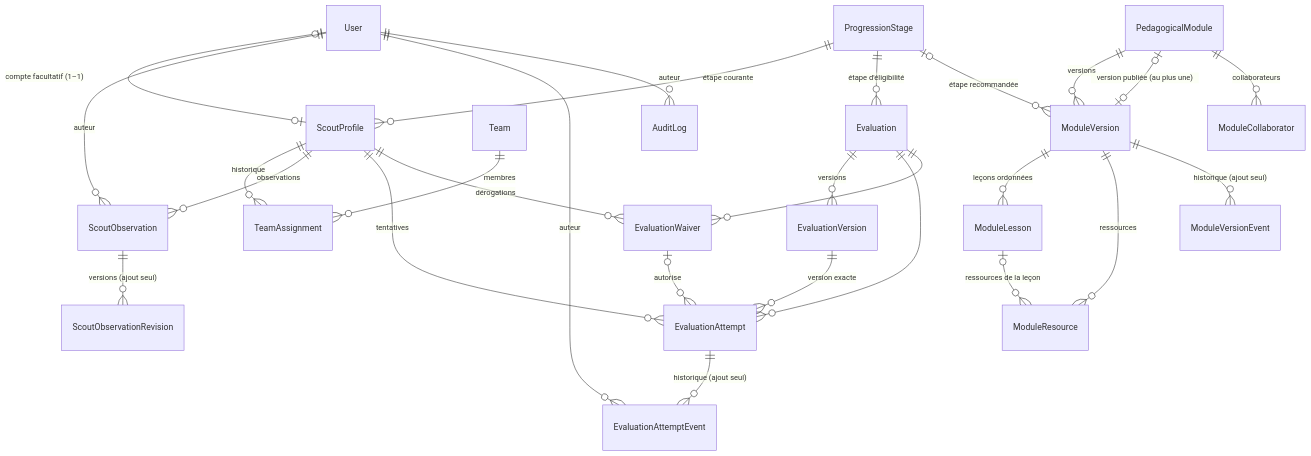
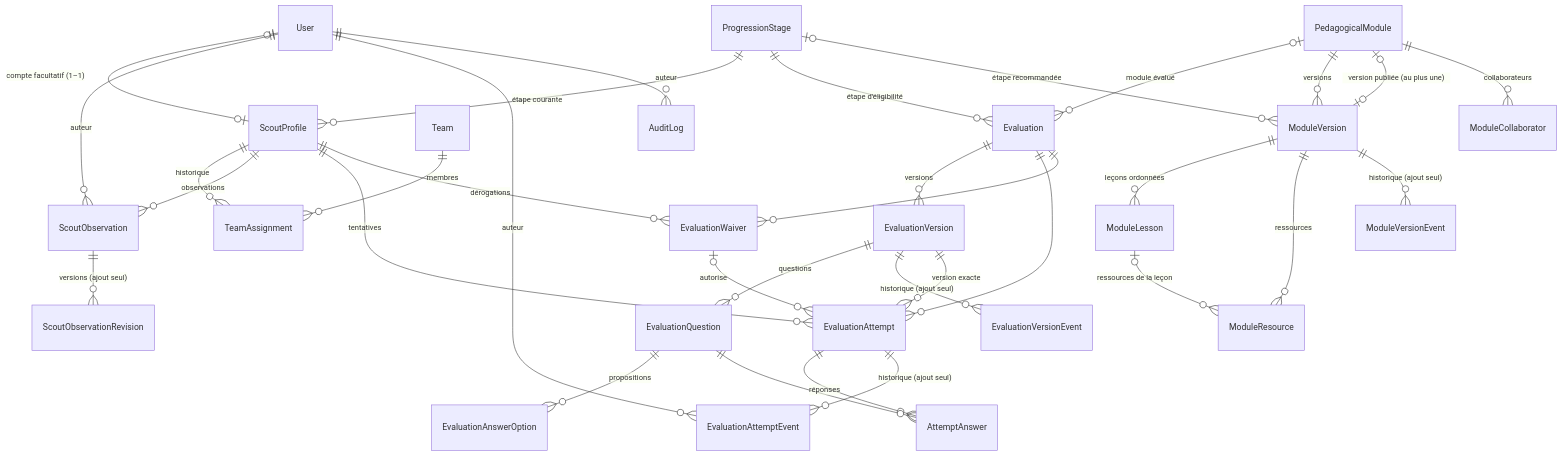
Before and after one commit to PaterneSeka1/tesla: the diagram in docs/DATABASE.md, drawn with Mermaid. The commit also changed other lines of this file and 14 other files, not shown here.

````diff
--- a/docs/DATABASE.md
+++ b/docs/DATABASE.md
@@ -35,29 +39,35 @@
 ```mermaid
 erDiagram
   User |o--o| ScoutProfile : "compte facultatif (1–1)"
   ProgressionStage ||--o{ ScoutProfile : "étape courante"
   ProgressionStage ||--o{ Evaluation : "étape d'éligibilité"
   ScoutProfile ||--o{ TeamAssignment : historique
   ScoutProfile ||--o{ ScoutObservation : observations
   ScoutObservation ||--o{ ScoutObservationRevision : "versions (ajout seul)"
   User ||--o{ ScoutObservation : auteur
   Team ||--o{ TeamAssignment : membres
   Evaluation ||--o{ EvaluationVersion : versions
+  PedagogicalModule |o--o{ Evaluation : "module évalué"
+  EvaluationVersion ||--o{ EvaluationQuestion : questions
+  EvaluationQuestion ||--o{ EvaluationAnswerOption : propositions
+  EvaluationVersion ||--o{ EvaluationVersionEvent : "historique (ajout seul)"
+  EvaluationAttempt ||--o{ AttemptAnswer : réponses
+  EvaluationQuestion ||--o{ AttemptAnswer : ""
   ScoutProfile ||--o{ EvaluationAttempt : tentatives
   Evaluation ||--o{ EvaluationAttempt : ""
   EvaluationVersion ||--o{ EvaluationAttempt : "version exacte"
   EvaluationAttempt ||--o{ EvaluationAttemptEvent : "historique (ajout seul)"
   ScoutProfile ||--o{ EvaluationWaiver : dérogations
   Evaluation ||--o{ EvaluationWaiver : ""
   EvaluationWaiver |o--o{ EvaluationAttempt : "autorise"
   User ||--o{ EvaluationAttemptEvent : auteur
   User ||--o{ AuditLog : auteur
   PedagogicalModule ||--o{ ModuleVersion : versions
   PedagogicalModule |o--o| ModuleVersion : "version publiée (au plus une)"
   ModuleVersion ||--o{ ModuleLesson : "leçons ordonnées"
   ModuleVersion ||--o{ ModuleResource : ressources
   ModuleLesson |o--o{ ModuleResource : "ressources de la leçon"
   PedagogicalModule ||--o{ ModuleCollaborator : collaborateurs
   ModuleVersion ||--o{ ModuleVersionEvent : "historique (ajout seul)"
   ProgressionStage |o--o{ ModuleVersion : "étape recommandée"
 ```
````
